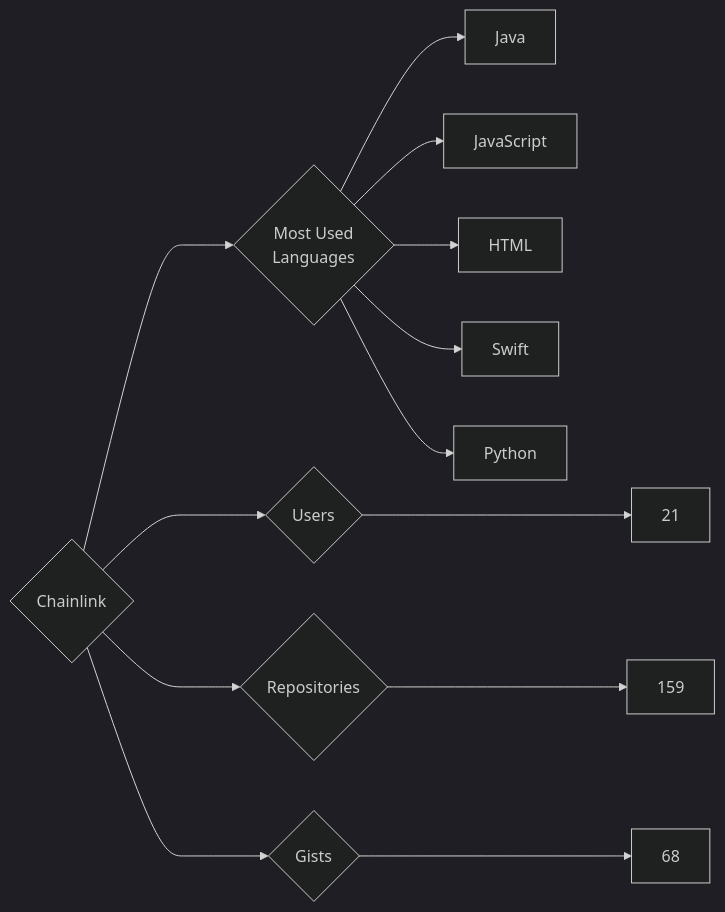
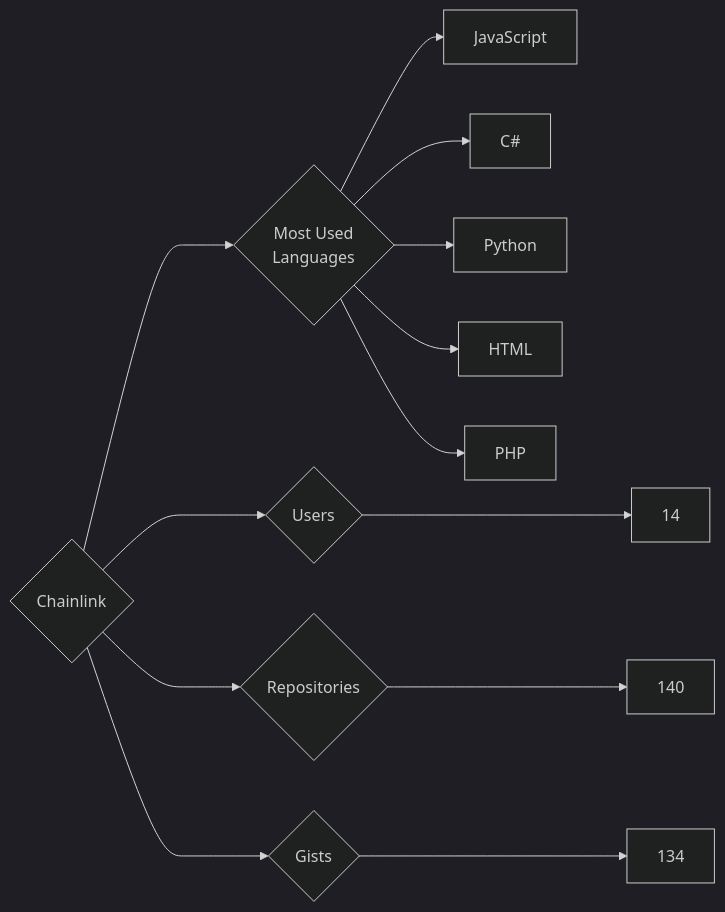
One commit to trickest/insiders changed the diagram in targets/Chainlink/README.md. Above: the diagram before and after it, drawn with Mermaid (dark theme). The commit also changed 814 other files, not shown here.

````diff
--- a/targets/Chainlink/README.md
+++ b/targets/Chainlink/README.md
@@ -3,13 +3,13 @@
 ```mermaid
 graph LR
 COMPANY_NAME{Chainlink}
-COMPANY_NAME ---> U{Users} ---> UN[21]
-COMPANY_NAME ---> R{Repositories} ---> RN[159]
-COMPANY_NAME ---> G{Gists} ---> GN[68]
+COMPANY_NAME ---> U{Users} ---> UN[14]
+COMPANY_NAME ---> R{Repositories} ---> RN[140]
+COMPANY_NAME ---> G{Gists} ---> GN[134]
 COMPANY_NAME ---> ML{Most Used<br>Languages}
-ML --> Java[Java]
 ML --> JavaScript[JavaScript]
+ML --> C#[C#]
+ML --> Python[Python]
 ML --> HTML[HTML]
-ML --> Swift[Swift]
-ML --> Python[Python]
+ML --> PHP[PHP]
 ```
````
